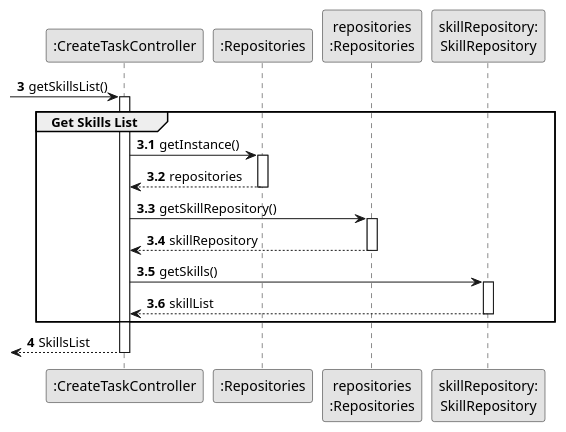
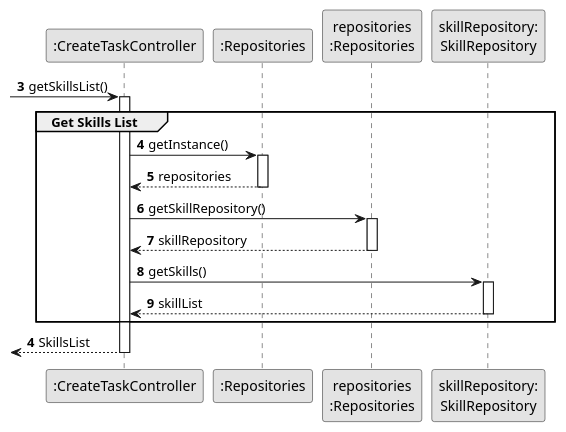
One commit to ricardomm7/leaflink changed the diagram in docs/sprintB/us005/03.design/puml/us005-sequence-diagram-partial-get-skill-list.puml. Above: the diagram before and after it, drawn with PlantUML. The commit also changed 41 other files, not shown here.

```diff
--- a/docs/sprintB/us005/03.design/puml/us005-sequence-diagram-partial-get-skill-list.puml
+++ b/docs/sprintB/us005/03.design/puml/us005-sequence-diagram-partial-get-skill-list.puml
@@ -1,48 +1,47 @@
 @startuml
 skinparam monochrome true
 skinparam packageStyle rectangle
 skinparam shadowing false
 
 autonumber
 
 'hide footbox
 
 participant ":CreateTaskController" as CTRL
 participant ":Repositories" as RepositorySingleton
 participant "repositories\n:Repositories" as PLAT
 participant "skillRepository:\nSkillRepository" as SkillRepository
 
 autonumber 3
 
  -> CTRL : getSkillsList()
-autonumber 3.1
 activate CTRL
     group Get Skills List
 
 
             CTRL -> RepositorySingleton : getInstance()
             activate RepositorySingleton
 
                 RepositorySingleton --> CTRL: repositories
             deactivate RepositorySingleton
 
             CTRL -> PLAT : getSkillRepository()
             activate PLAT
 
                 PLAT --> CTRL: skillRepository
             deactivate PLAT
 
             CTRL -> SkillRepository : getSkills()
             activate SkillRepository
 
                 SkillRepository --> CTRL : skillList
             deactivate SkillRepository
 
 
     end
     autonumber 4
     <-- CTRL  : SkillsList
 deactivate CTRL
 
 
 @enduml
```
